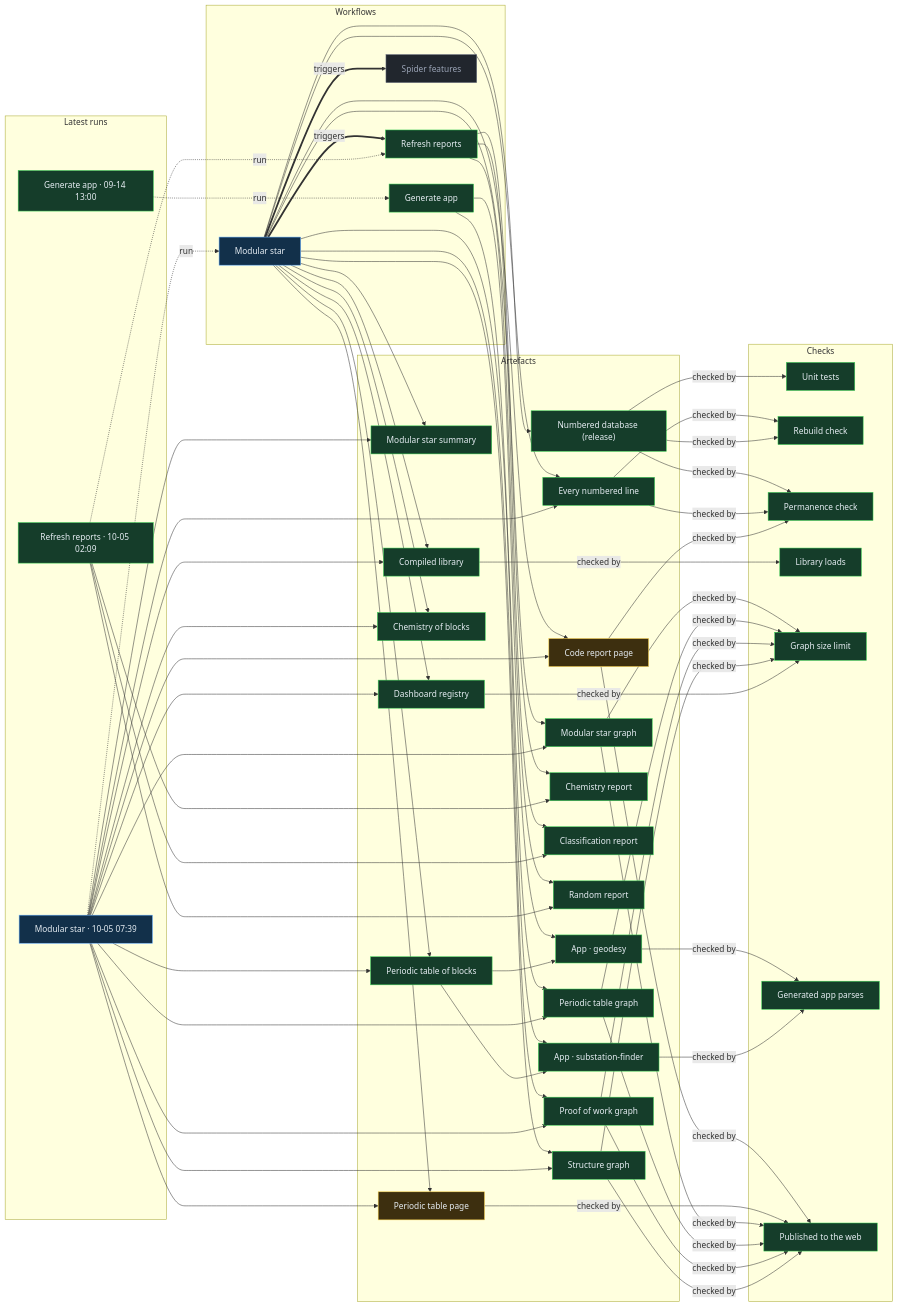
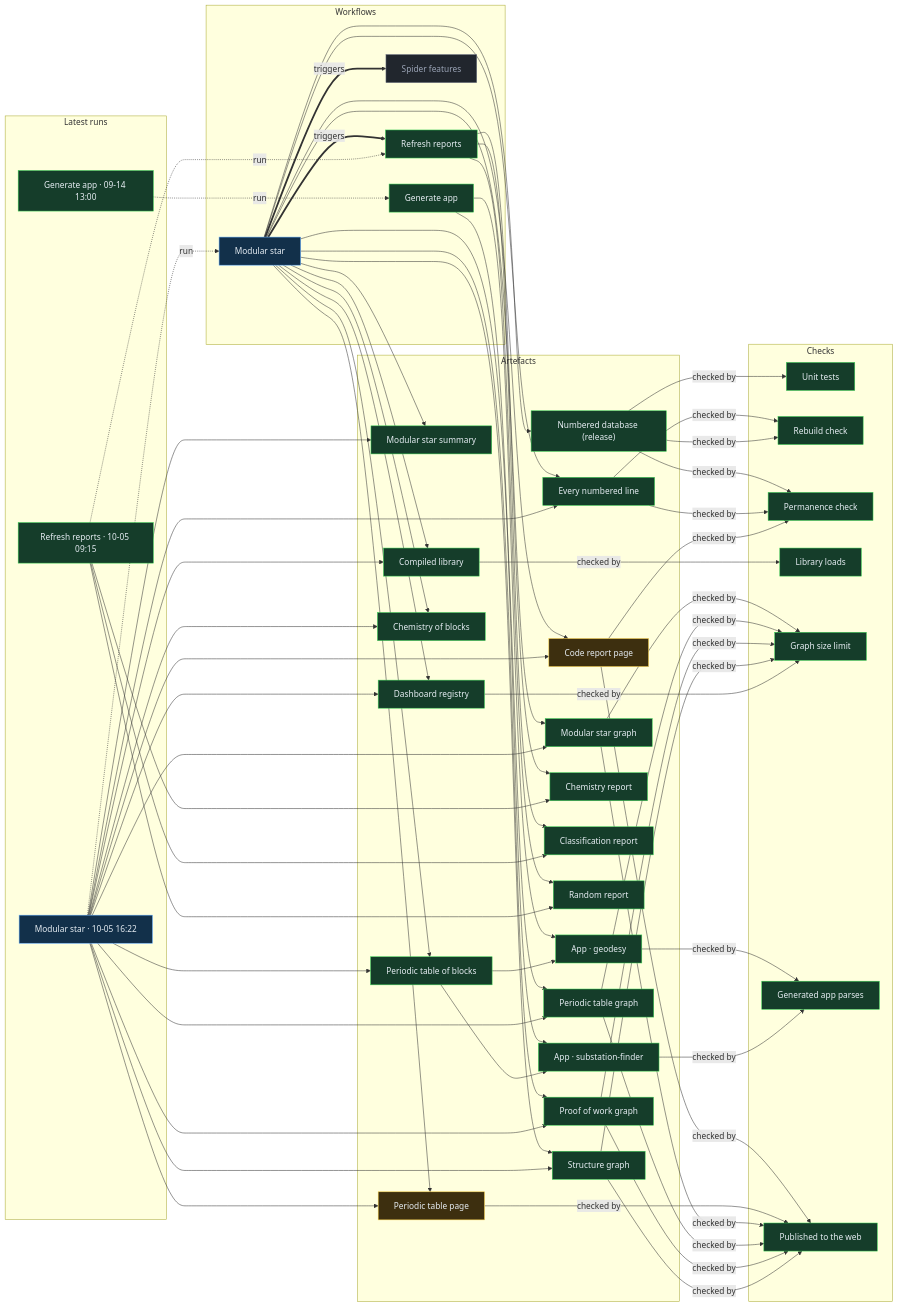
The diagram in proof/PROOF.md (Ventusltd/stars), drawn with Mermaid before and after one commit. The commit also changed other lines of this file and 149 other files, not shown here.

Commit message:
Modular star 2026-10-05T16:24Z

```diff
--- a/proof/PROOF.md
+++ b/proof/PROOF.md
@@ -24,8 +24,8 @@
   n_wf_spider_features["Spider features"]:::off
   end
   subgraph g_runs["Latest runs"]
-  n_run_37278937002["Modular star · 10-05 07:39"]:::live
-  n_run_37254279500["Refresh reports · 10-05 02:09"]:::ok
+  n_run_37340304788["Modular star · 10-05 16:22"]:::live
+  n_run_37288855089["Refresh reports · 10-05 09:15"]:::ok
   n_run_34846587798["Generate app · 09-14 13:00"]:::ok
   end
   subgraph g_artefacts["Artefacts"]
@@ -59,39 +59,39 @@
   end
   n_wf_modular_star == triggers ==> n_wf_refresh
   n_wf_modular_star == triggers ==> n_wf_spider_features
-  n_run_37278937002 -. run .-> n_wf_modular_star
-  n_run_37254279500 -. run .-> n_wf_refresh
+  n_run_37340304788 -. run .-> n_wf_modular_star
+  n_run_37288855089 -. run .-> n_wf_refresh
   n_run_34846587798 -. run .-> n_wf_generate
   n_wf_modular_star --> n_art_summary
-  n_run_37278937002 --> n_art_summary
+  n_run_37340304788 --> n_art_summary
   n_wf_modular_star --> n_art_lines
-  n_run_37278937002 --> n_art_lines
+  n_run_37340304788 --> n_art_lines
   n_wf_modular_star --> n_art_code
-  n_run_37278937002 --> n_art_code
+  n_run_37340304788 --> n_art_code
   n_wf_modular_star --> n_art_modular_graph
-  n_run_37278937002 --> n_art_modular_graph
+  n_run_37340304788 --> n_art_modular_graph
   n_wf_modular_star --> n_art_blocks
-  n_run_37278937002 --> n_art_blocks
+  n_run_37340304788 --> n_art_blocks
   n_wf_modular_star --> n_art_table
-  n_run_37278937002 --> n_art_table
+  n_run_37340304788 --> n_art_table
   n_wf_modular_star --> n_art_blocks_graph
-  n_run_37278937002 --> n_art_blocks_graph
+  n_run_37340304788 --> n_art_blocks_graph
   n_wf_modular_star --> n_art_reactions
-  n_run_37278937002 --> n_art_reactions
+  n_run_37340304788 --> n_art_reactions
   n_wf_modular_star --> n_art_library
-  n_run_37278937002 --> n_art_library
+  n_run_37340304788 --> n_art_library
   n_wf_modular_star --> n_art_features
-  n_run_37278937002 --> n_art_features
+  n_run_37340304788 --> n_art_features
   n_wf_modular_star --> n_art_proof
-  n_run_37278937002 --> n_art_proof
+  n_run_37340304788 --> n_art_proof
   n_wf_modular_star --> n_art_structure
-  n_run_37278937002 --> n_art_structure
+  n_run_37340304788 --> n_art_structure
   n_wf_refresh --> n_art_chemistry
-  n_run_37254279500 --> n_art_chemistry
+  n_run_37288855089 --> n_art_chemistry
   n_wf_refresh --> n_art_vedic
-  n_run_37254279500 --> n_art_vedic
+  n_run_37288855089 --> n_art_vedic
   n_wf_refresh --> n_art_random
-  n_run_37254279500 --> n_art_random
+  n_run_37288855089 --> n_art_random
   n_wf_modular_star --> n_art_release
   n_wf_generate --> n_app_geodesy
   n_art_blocks --> n_app_geodesy
```
